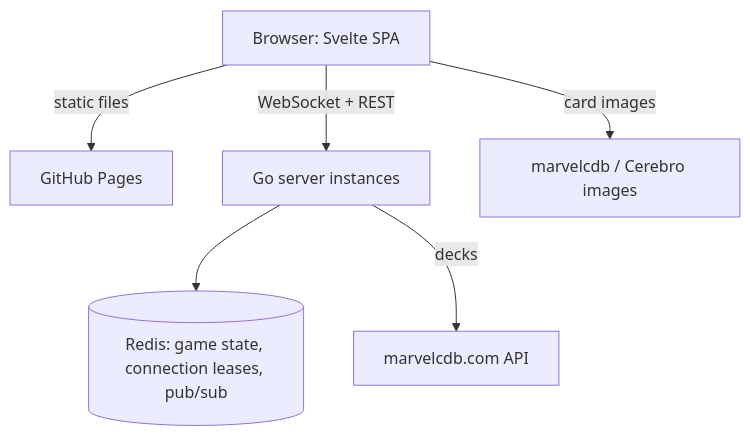
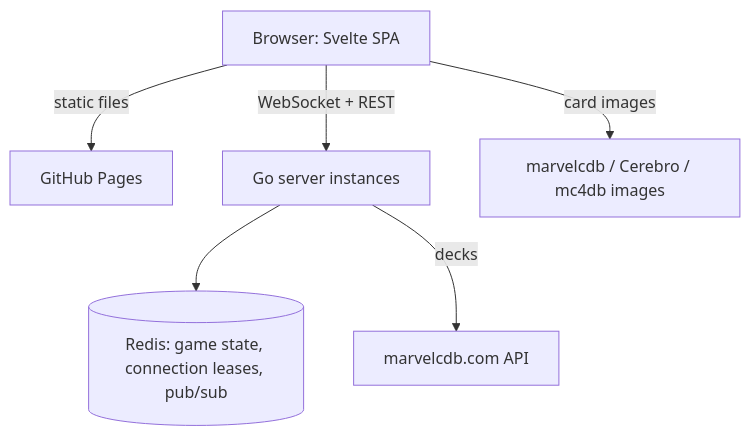
Before and after one commit to alexandreroman/intothefray: the diagram in README.md, drawn with Mermaid. The commit also changed other lines of this file and 5 other files, not shown here.

First line of the commit message:
Document French card names and images

````diff
--- a/README.md
+++ b/README.md
@@ -236,8 +247,8 @@
 ```mermaid
 graph TD
     B[Browser: Svelte SPA] -->|static files| P[GitHub Pages]
     B -->|WebSocket + REST| S[Go server instances]
     S --> R[(Redis: game state, connection leases, pub/sub)]
     S -->|decks| M[marvelcdb.com API]
-    B -->|card images| I[marvelcdb / Cerebro images]
+    B -->|card images| I[marvelcdb / Cerebro / mc4db images]
 ```
````
